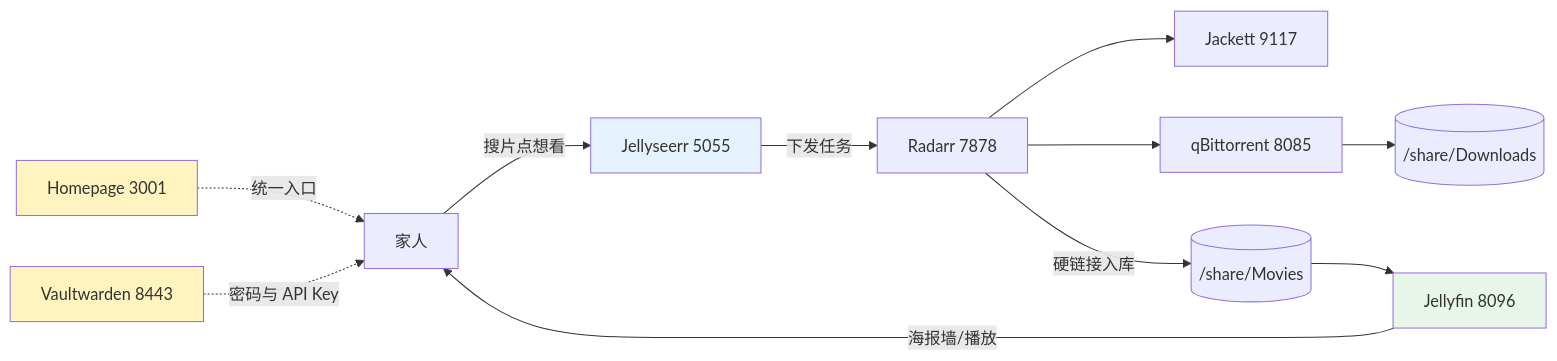
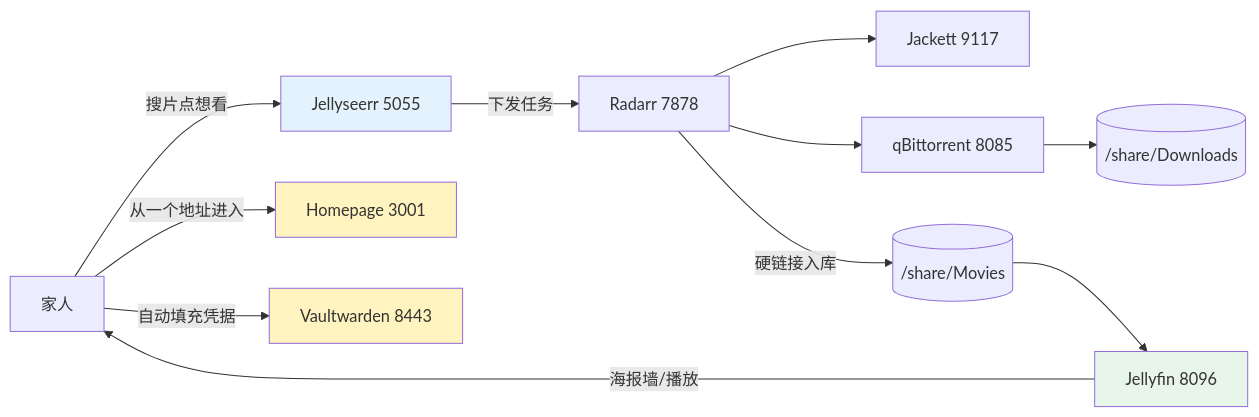
The first of 7 diagrams in _life/2026-07-20-raspberry-pi-homelab-mediacenter-and-entry.md (puppylpg/puppylpg.github.io), drawn with Mermaid before and after one commit. The commit also changed other lines of this file and 5 other files, not shown here.

````diff
--- a/_life/2026-07-20-raspberry-pi-homelab-mediacenter-and-entry.md
+++ b/_life/2026-07-20-raspberry-pi-homelab-mediacenter-and-entry.md
@@ -28,17 +30,17 @@
 ```mermaid
 flowchart LR
     Family[家人] -->|搜片点想看| JS[Jellyseerr 5055]
     JS -->|下发任务| Radarr[Radarr 7878]
     Radarr --> Jackett[Jackett 9117]
     Radarr --> qBT[qBittorrent 8085]
     qBT --> Downloads[(/share/Downloads)]
     Radarr -->|硬链接入库| Movies[(/share/Movies)]
     Movies --> JF[Jellyfin 8096]
     JF -->|海报墙/播放| Family
-    HP[Homepage 3001] -.->|统一入口| Family
-    VW[Vaultwarden 8443] -.->|密码与 API Key| Family
+    Family -->|从一个地址进入| HP[Homepage 3001]
+    Family -->|自动填充凭据| VW[Vaultwarden 8443]
     style JS fill:#e3f2fd
     style JF fill:#e8f5e9
     style HP fill:#fff3bf
     style VW fill:#fff3bf
 ```
````
